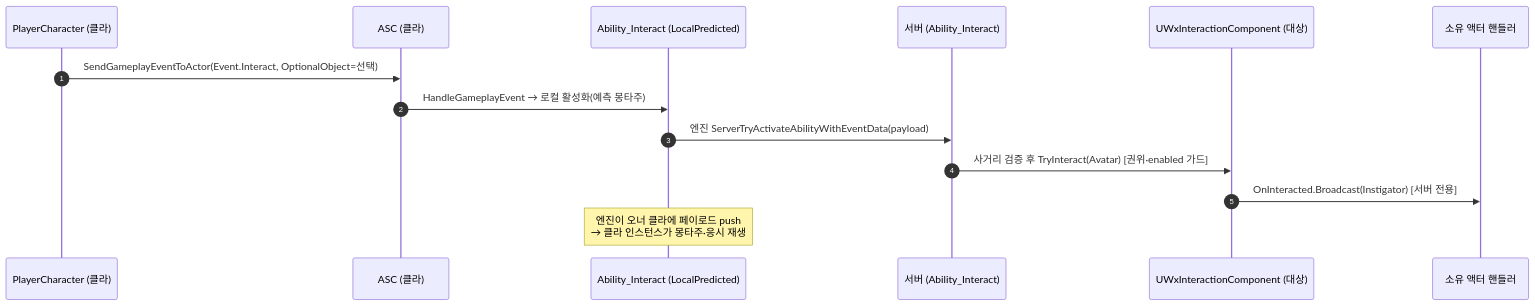
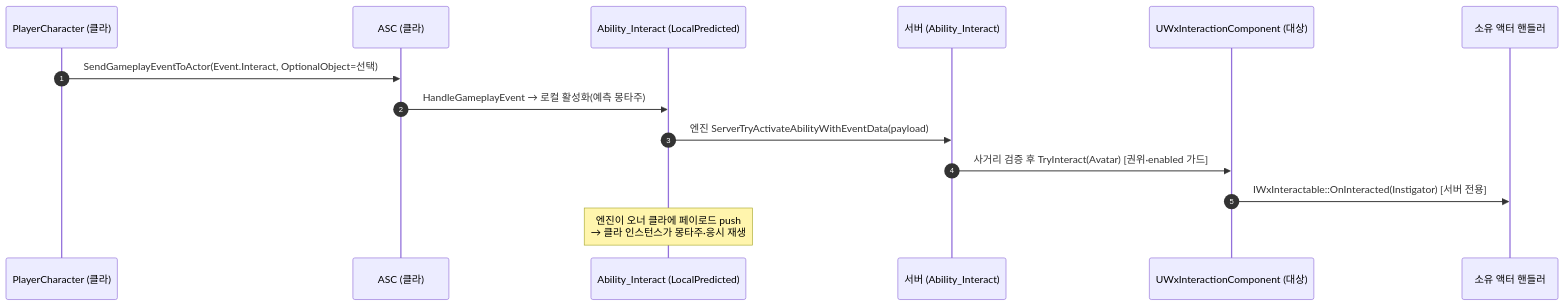
One commit to Woogl/ProjectWx changed the second of 2 diagrams in Docs/Programmer/Interaction_System.md. Above: the diagram before and after it, drawn with Mermaid. The commit also changed other lines of this file and 33 other files, not shown here.

Commit message:
상호작용 대상 계약을 델리게이트에서 IWxInteractable 인터페이스로 전환

````diff
--- a/Docs/Programmer/Interaction_System.md
+++ b/Docs/Programmer/Interaction_System.md
@@ -80,16 +80,16 @@
 ```mermaid
 sequenceDiagram
     autonumber
     participant PC as PlayerCharacter (클라)
     participant ASC as ASC (클라)
     participant AB as Ability_Interact (LocalPredicted)
     participant SV as 서버 (Ability_Interact)
     participant IC as UWxInteractionComponent (대상)
     participant H as 소유 액터 핸들러
     PC->>ASC: SendGameplayEventToActor(Event.Interact, OptionalObject=선택)
     ASC->>AB: HandleGameplayEvent → 로컬 활성화(예측 몽타주)
     AB->>SV: 엔진 ServerTryActivateAbilityWithEventData(payload)
     SV->>IC: 사거리 검증 후 TryInteract(Avatar) [권위·enabled 가드]
-    IC->>H: OnInteracted.Broadcast(Instigator) [서버 전용]
+    IC->>H: IWxInteractable::OnInteracted(Instigator) [서버 전용]
     Note over AB: 엔진이 오너 클라에 페이로드 push<br/>→ 클라 인스턴스가 몽타주·응시 재생
 ```
````
